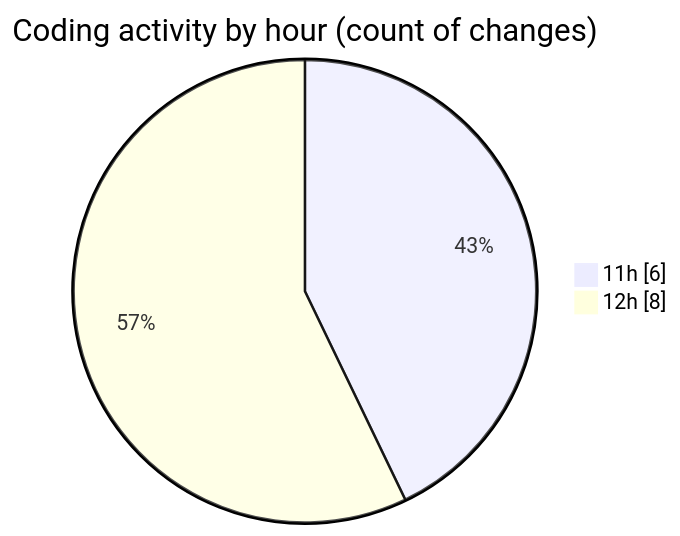
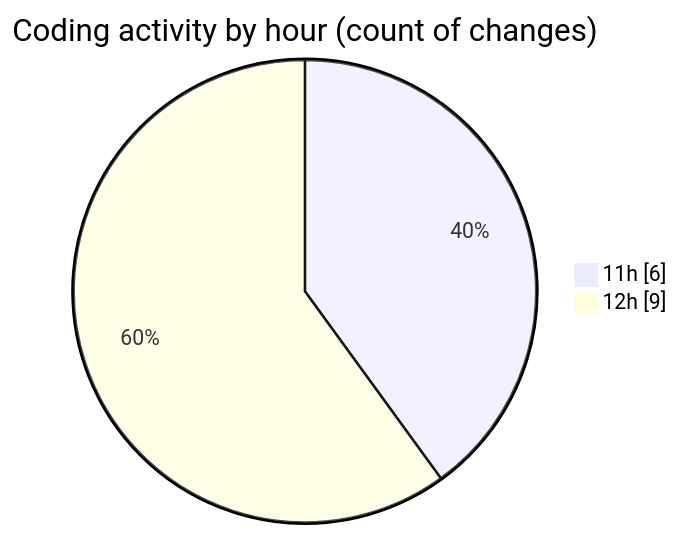
Before and after one commit to debugP/code-tracking: the second of 2 diagrams in 2025-10-17/untitled__workspace_/README.md, drawn with Mermaid. The commit also changed other lines of this file and 1 other file, not shown here.

````diff
--- a/2025-10-17/untitled__workspace_/README.md
+++ b/2025-10-17/untitled__workspace_/README.md
@@ -32,6 +32,6 @@
 ```mermaid
 pie showData
 title Coding activity by hour (count of changes)
 "11h" : 6
-"12h" : 8
+"12h" : 9
 ```
````
